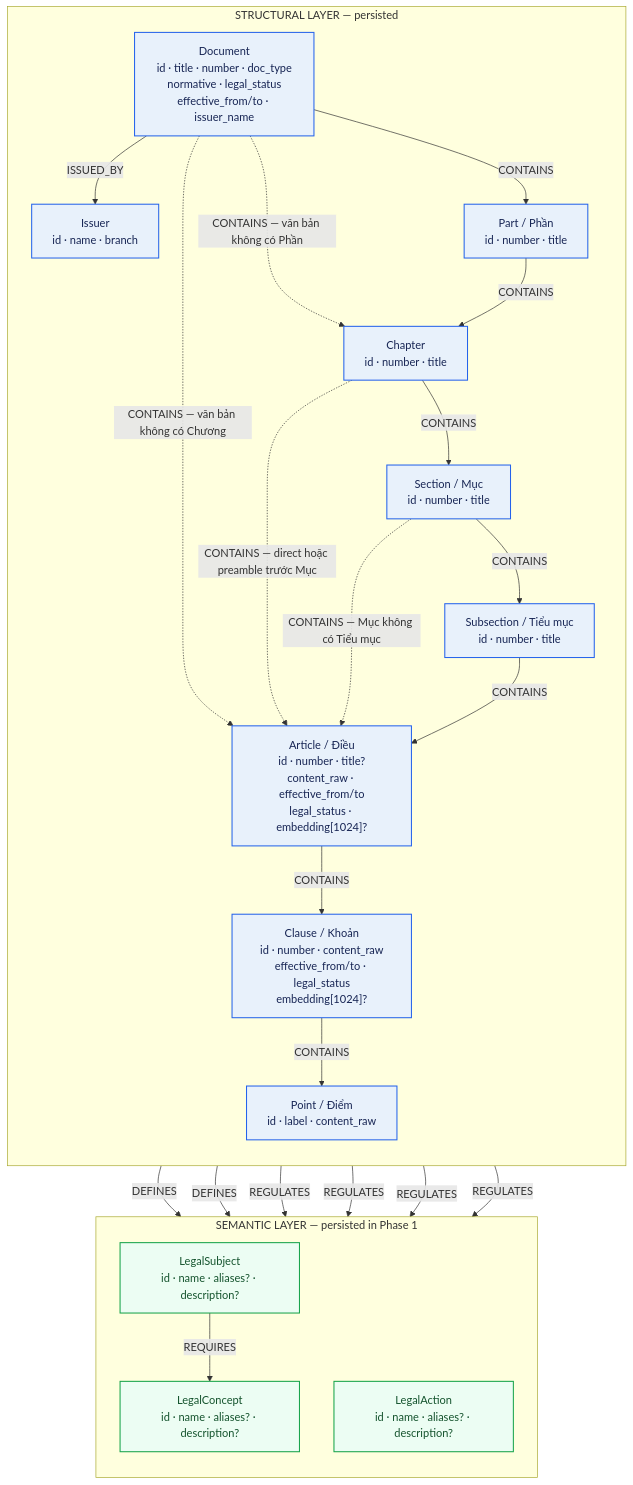
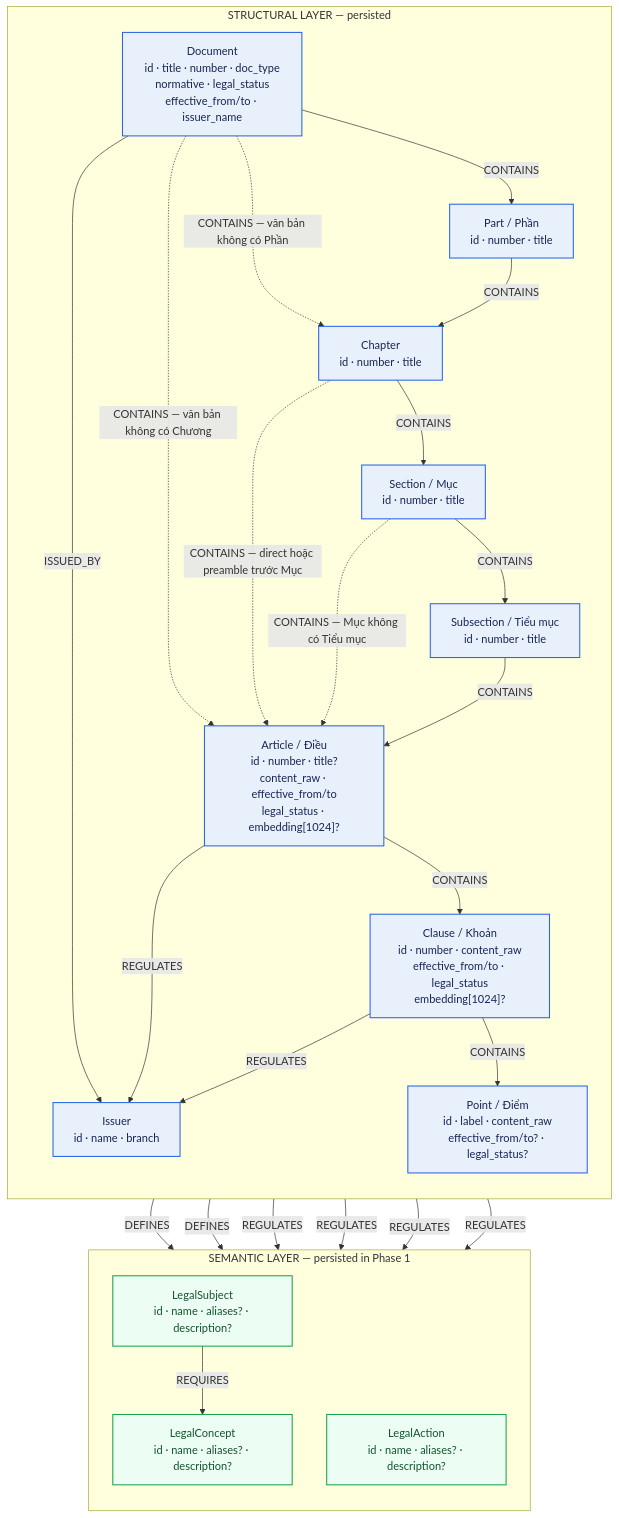
Before and after one commit to legal-graphrag-platform-vn/legal-graphrag-platform-vn: the first of 3 diagrams in docs/report/neo4j_database_schema.md, drawn with Mermaid. The commit also changed other lines of this file and 19 other files, not shown here.

Commit message:
fix(ontology): validate diagram document relations

````diff
--- a/docs/report/neo4j_database_schema.md
+++ b/docs/report/neo4j_database_schema.md
@@ -38,48 +38,50 @@
 ```mermaid
 flowchart TB
     subgraph STRUCTURAL["STRUCTURAL LAYER — persisted"]
         direction TB
         D["Document<br/>id · title · number · doc_type<br/>normative · legal_status<br/>effective_from/to · issuer_name"]
         I["Issuer<br/>id · name · branch"]
         PART["Part / Phần<br/>id · number · title"]
         CH["Chapter<br/>id · number · title"]
         SEC["Section / Mục<br/>id · number · title"]
         SUB["Subsection / Tiểu mục<br/>id · number · title"]
         ART["Article / Điều<br/>id · number · title?<br/>content_raw · effective_from/to<br/>legal_status · embedding[1024]?"]
         CLA["Clause / Khoản<br/>id · number · content_raw<br/>effective_from/to · legal_status<br/>embedding[1024]?"]
-        PT["Point / Điểm<br/>id · label · content_raw"]
+        PT["Point / Điểm<br/>id · label · content_raw<br/>effective_from/to? · legal_status?"]
 
         D -->|ISSUED_BY| I
         D -->|CONTAINS| PART
         D -.->|CONTAINS — văn bản không có Phần| CH
         D -.->|CONTAINS — văn bản không có Chương| ART
         PART -->|CONTAINS| CH
         CH -->|CONTAINS| SEC
         CH -.->|CONTAINS — direct hoặc preamble trước Mục| ART
         SEC -->|CONTAINS| SUB
         SEC -.->|CONTAINS — Mục không có Tiểu mục| ART
         SUB -->|CONTAINS| ART
         ART -->|CONTAINS| CLA
         CLA -->|CONTAINS| PT
     end
 
     subgraph SEMANTIC["SEMANTIC LAYER — persisted in Phase 1"]
         direction TB
         LC["LegalConcept<br/>id · name · aliases? · description?"]
         LS["LegalSubject<br/>id · name · aliases? · description?"]
         LA["LegalAction<br/>id · name · aliases? · description?"]
     end
 
     ART -->|DEFINES| LC
     CLA -->|DEFINES| LC
     ART -->|REGULATES| LS
     CLA -->|REGULATES| LS
     ART -->|REGULATES| LA
     CLA -->|REGULATES| LA
+    ART -->|REGULATES| I
+    CLA -->|REGULATES| I
     LS -->|REQUIRES| LC
 
     classDef structural fill:#e8f1fb,stroke:#2563eb,color:#172554,stroke-width:1.5px;
     classDef semantic fill:#ecfdf3,stroke:#16a34a,color:#14532d,stroke-width:1.5px;
     class D,I,PART,CH,SEC,SUB,ART,CLA,PT structural;
     class LC,LS,LA semantic;
 ```
````
